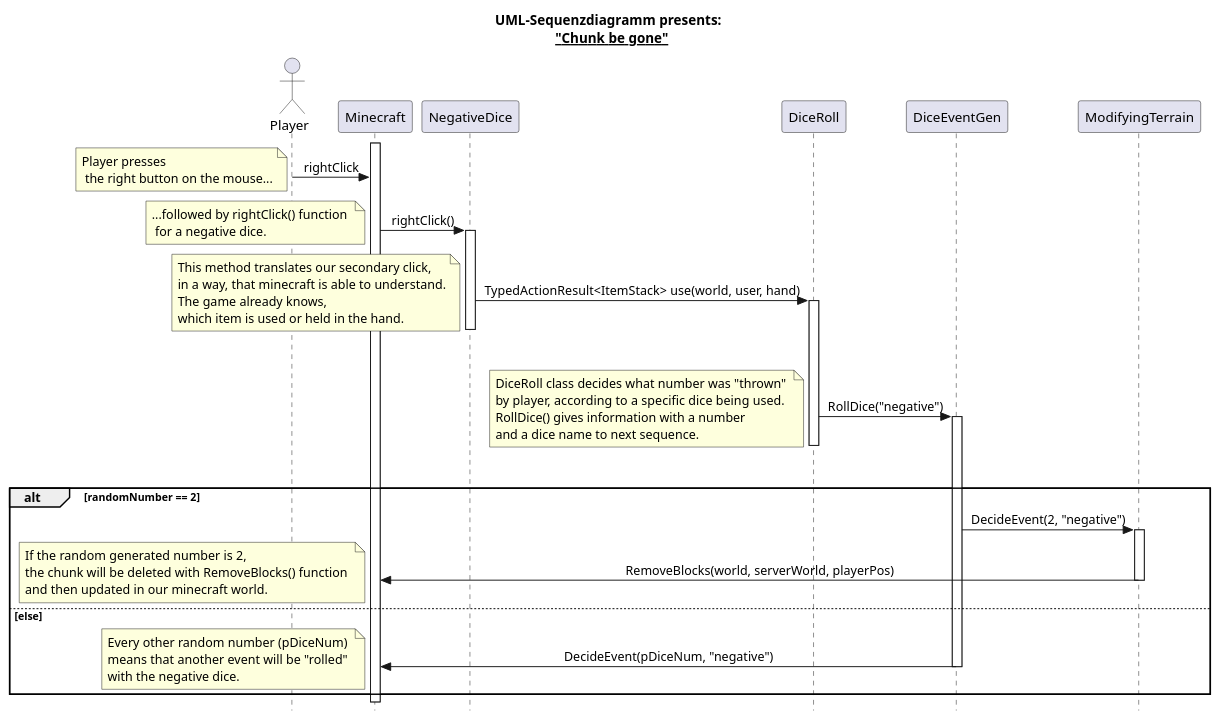
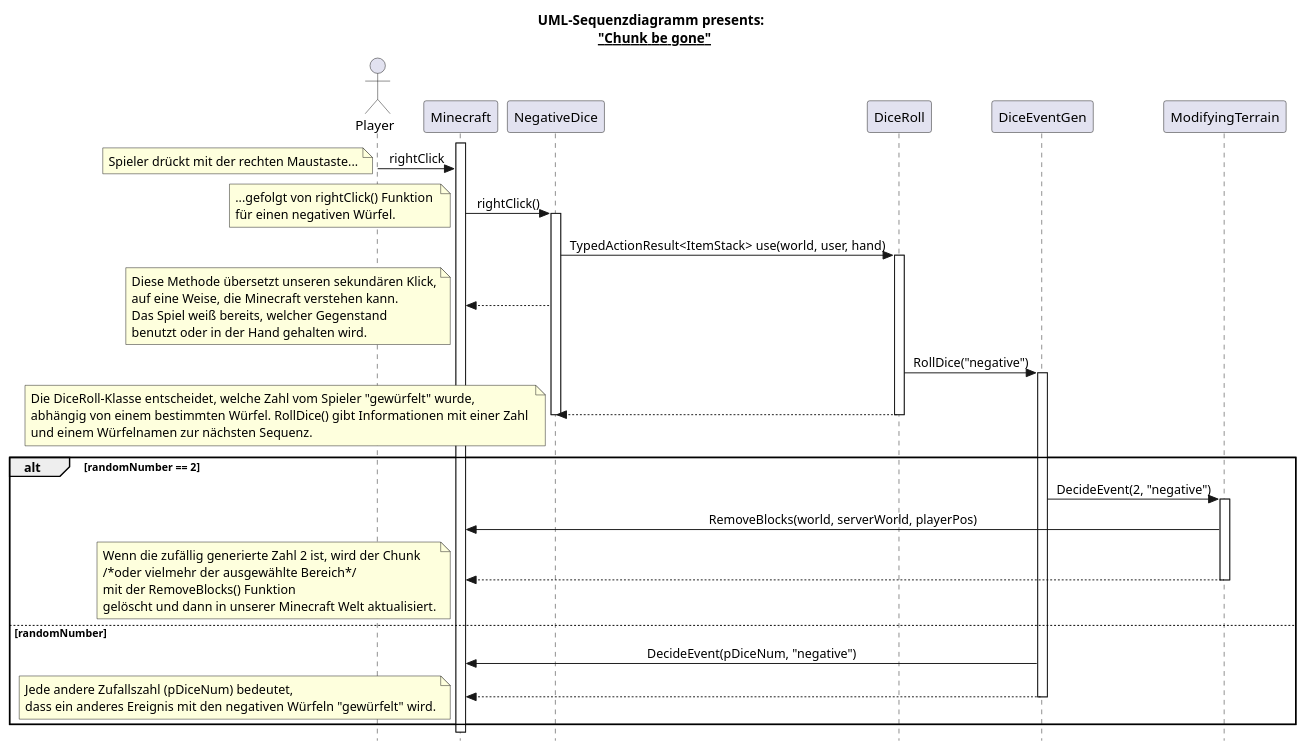
The diagram in src/main/resources/Sequenzdiagramm.puml (Justin383/DnM), drawn with PlantUML before and after one commit. The commit also changed 36 other files, not shown here.

Commit message:
Zustandsdiagramm FERTIG!!, Sequenzdiagramm FERTIG!!, mit Mixin gespielt um 3d-Modelle erzeugen können

```diff
--- a/src/main/resources/Sequenzdiagramm.puml
+++ b/src/main/resources/Sequenzdiagramm.puml
@@ -1,47 +1,55 @@
 @startuml
 
 skinparam sequenceMessageAlign center
 skinparam style strictuml
 title UML-Sequenzdiagramm presents: \n __"Chunk be gone"__
 
 actor Player
 participant Minecraft
 participant NegativeDice
 participant DiceRoll
 participant DiceEventGen
 participant ModifyingTerrain
 
 activate Minecraft
 
 Player -> Minecraft: rightClick
-note left: Player presses \n the right button on the mouse...
+note left: Spieler drückt mit der rechten Maustaste...
 
 Minecraft -> NegativeDice: rightClick()
-note left: ...followed by rightClick() function \n for a negative dice.
+
+note left: ...gefolgt von rightClick() Funktion \nfür einen negativen Würfel.
 activate NegativeDice
 
+
 NegativeDice -> DiceRoll: TypedActionResult<ItemStack> use(world, user, hand)
-note left: This method translates our secondary click,\nin a way, that minecraft is able to understand.\nThe game already knows,\nwhich item is used or held in the hand.
 activate DiceRoll
-deactivate NegativeDice
+NegativeDice --> Minecraft
+note left: Diese Methode übersetzt unseren sekundären Klick,\nauf eine Weise, die Minecraft verstehen kann.\nDas Spiel weiß bereits, welcher Gegenstand \nbenutzt oder in der Hand gehalten wird.
+
+
 
 DiceRoll -> DiceEventGen: RollDice("negative")
-note left: DiceRoll class decides what number was "thrown" \nby player, according to a specific dice being used.\nRollDice() gives information with a number \nand a dice name to next sequence.
 activate DiceEventGen
+DiceRoll --> NegativeDice
+note left: Die DiceRoll-Klasse entscheidet, welche Zahl vom Spieler "gewürfelt" wurde, \nabhängig von einem bestimmten Würfel. RollDice() gibt Informationen mit einer Zahl \nund einem Würfelnamen zur nächsten Sequenz.
+deactivate NegativeDice
 deactivate DiceRoll
 
 alt randomNumber == 2
     DiceEventGen -> ModifyingTerrain: DecideEvent(2, "negative")
     activate ModifyingTerrain
 
     ModifyingTerrain -> Minecraft: RemoveBlocks(world, serverWorld, playerPos)
+    ModifyingTerrain --> Minecraft
     deactivate ModifyingTerrain
-    note left: If the random generated number is 2,\nthe chunk will be deleted with RemoveBlocks() function \nand then updated in our minecraft world.
+    note left: Wenn die zufällig generierte Zahl 2 ist, wird der Chunk \n/*oder vielmehr der ausgewählte Bereich*/ \nmit der RemoveBlocks() Funktion \ngelöscht und dann in unserer Minecraft Welt aktualisiert.
 
-else else
+else randomNumber
     DiceEventGen -> Minecraft: DecideEvent(pDiceNum, "negative")
-    note left: Every other random number (pDiceNum) \nmeans that another event will be "rolled" \nwith the negative dice.
+    DiceEventGen --> Minecraft
+    note left: Jede andere Zufallszahl (pDiceNum) bedeutet, \ndass ein anderes Ereignis mit den negativen Würfeln "gewürfelt" wird.
     deactivate DiceEventGen
 end
 
 @enduml
```
